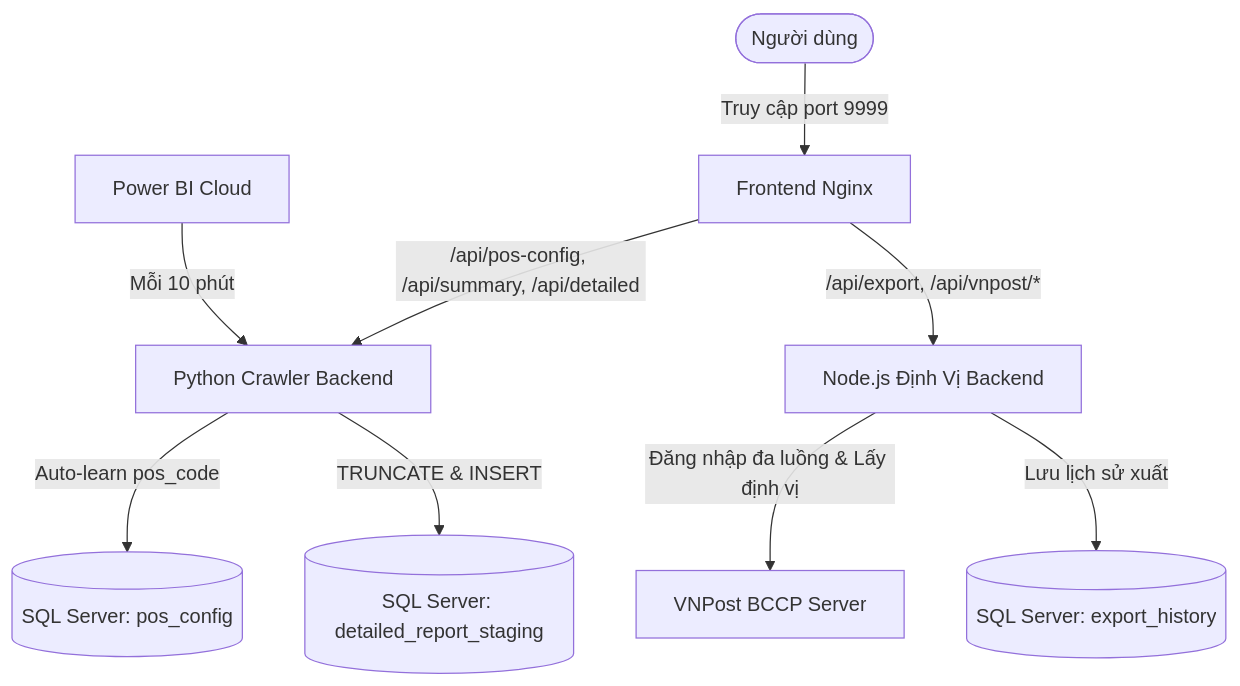
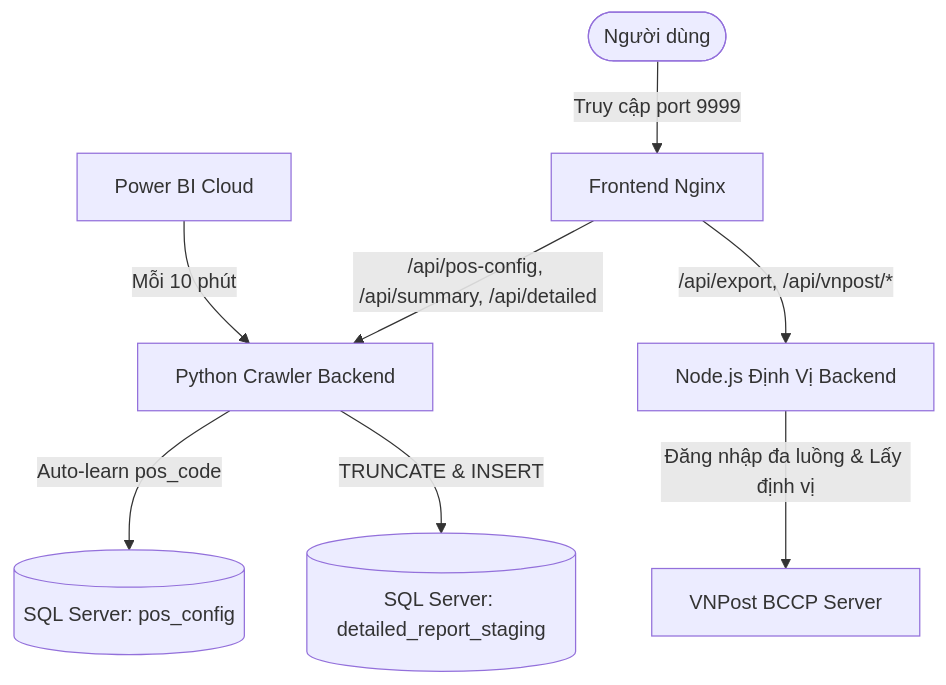
The diagram in README.md (Dong071102/tools-bdld-vnp), drawn with Mermaid before and after one commit. The commit also changed other lines of this file and 3 other files, not shown here.

````diff
--- a/README.md
+++ b/README.md
@@ -79,13 +79,12 @@
 ```mermaid
 flowchart TD
     PBI[Power BI Cloud] -->|Mỗi 10 phút| CRW[Python Crawler Backend]
     CRW -->|Auto-learn pos_code| PCFG[(SQL Server: pos_config)]
     CRW -->|TRUNCATE & INSERT| STG[(SQL Server: detailed_report_staging)]
     
     USER([Người dùng]) -->|Truy cập port 9999| NGINX[Frontend Nginx]
     NGINX -->|/api/pos-config, /api/summary, /api/detailed| CRW
     NGINX -->|/api/export, /api/vnpost/*| DVI[Node.js Định Vị Backend]
     
     DVI -->|Đăng nhập đa luồng & Lấy định vị| BCCP[VNPost BCCP Server]
-    DVI -->|Lưu lịch sử xuất| HIST[(SQL Server: export_history)]
 ```
````
